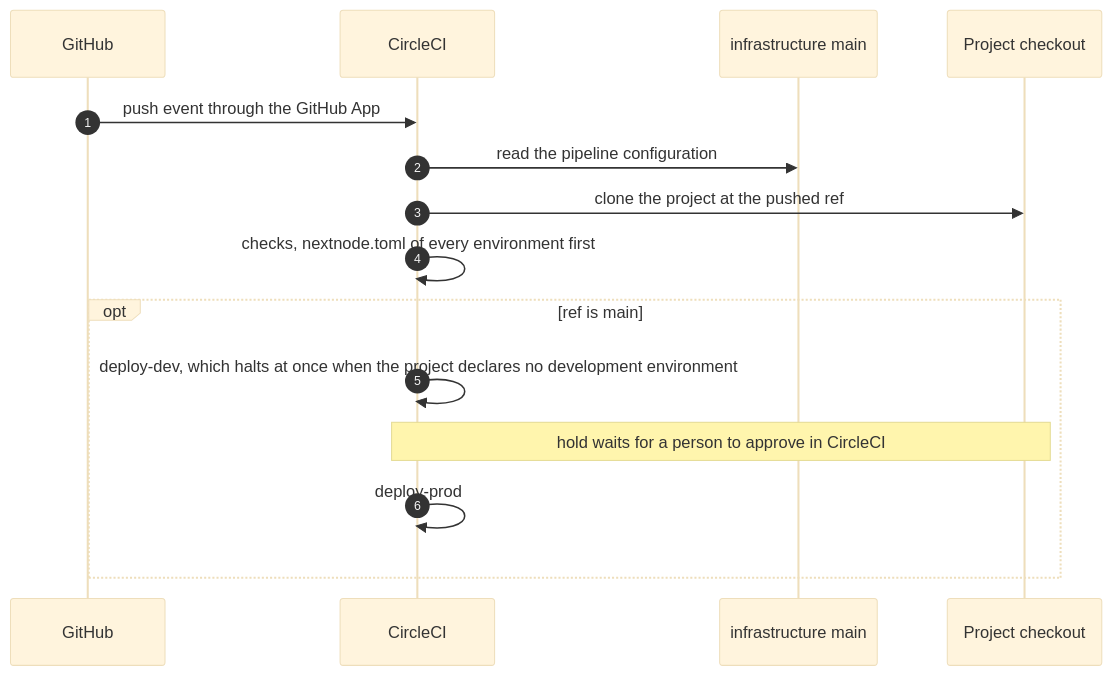
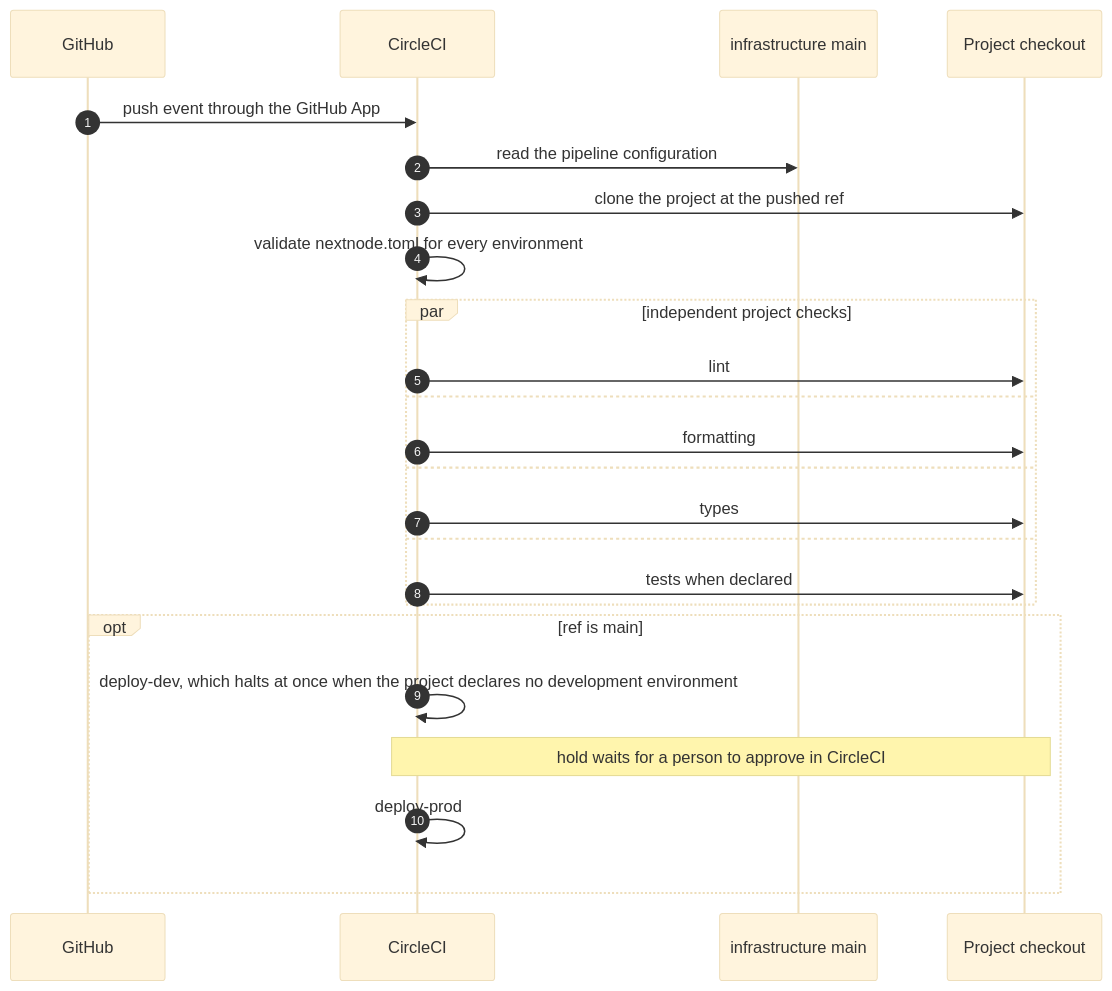
The second of 3 diagrams in docs/architecture.md (NextNodeSolutions/infrastructure), drawn with Mermaid (base theme) before and after one commit. The commit also changed other lines of this file and 5 other files, not shown here.

````diff
--- a/docs/architecture.md
+++ b/docs/architecture.md
@@ -54,17 +54,26 @@
 ```mermaid
 sequenceDiagram
     autonumber
     participant G as GitHub
     participant C as CircleCI
     participant I as infrastructure main
     participant P as Project checkout
     G->>C: push event through the GitHub App
     C->>I: read the pipeline configuration
     C->>P: clone the project at the pushed ref
-    C->>C: checks, nextnode.toml of every environment first
+    C->>C: validate nextnode.toml for every environment
+    par independent project checks
+        C->>P: lint
+    and
+        C->>P: formatting
+    and
+        C->>P: types
+    and
+        C->>P: tests when declared
+    end
     opt ref is main
         C->>C: deploy-dev, which halts at once when the project declares no development environment
         Note over C,P: hold waits for a person to approve in CircleCI
         C->>C: deploy-prod
     end
 ```
````
